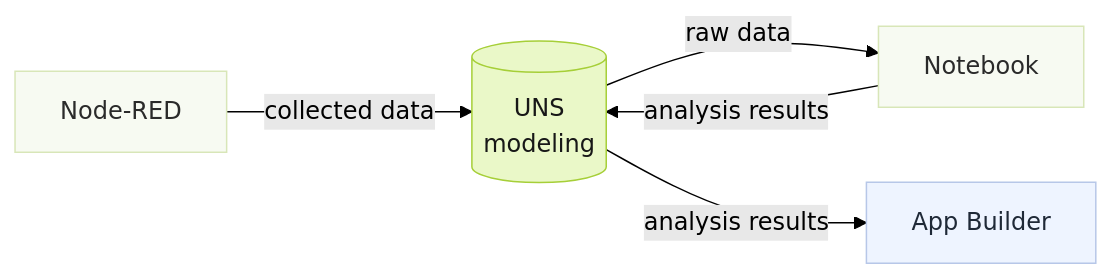
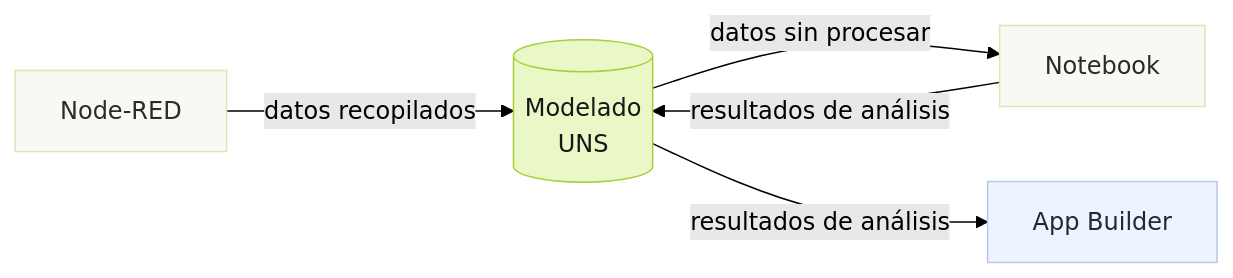
The diagram in src/content/docs/es/best-practice/analytics-apps.mdx (FREEZONEX/Tier0-docs-site), drawn with Mermaid (forest theme) before and after one commit. The commit also changed other lines of this file and 12 other files, not shown here.

Commit message:
Localize non-English diagram and analytics text

````diff
--- a/src/content/docs/es/best-practice/analytics-apps.mdx
+++ b/src/content/docs/es/best-practice/analytics-apps.mdx
@@ -12,14 +12,14 @@
 ```mermaid
 flowchart LR
-  collect["Node-RED"] -->|"collected data"| uns[("UNS<br/>modeling")]
-  uns -->|"raw data"| notebook["Notebook"]
-  notebook -->|"analysis results"| uns
-  uns -->|"analysis results"| builder["App Builder"]
+  collect["Node-RED"] -->|"datos recopilados"| uns[("Modelado<br/>UNS")]
+  uns -->|"datos sin procesar"| notebook["Notebook"]
+  notebook -->|"resultados de análisis"| uns
+  uns -->|"resultados de análisis"| builder["App Builder"]
 
   classDef t0accent fill:#EAF8C8,stroke:#A6CF38,stroke-width:1px,color:#171717
   classDef t0soft fill:#F7FAF2,stroke:#D8E6B8,stroke-width:1px,color:#2A2A2A
   classDef t0agent fill:#EEF4FF,stroke:#B7C7E8,stroke-width:1px,color:#1F2937
   class uns t0accent
   class collect,notebook t0soft
   class builder t0agent
 ```
````
